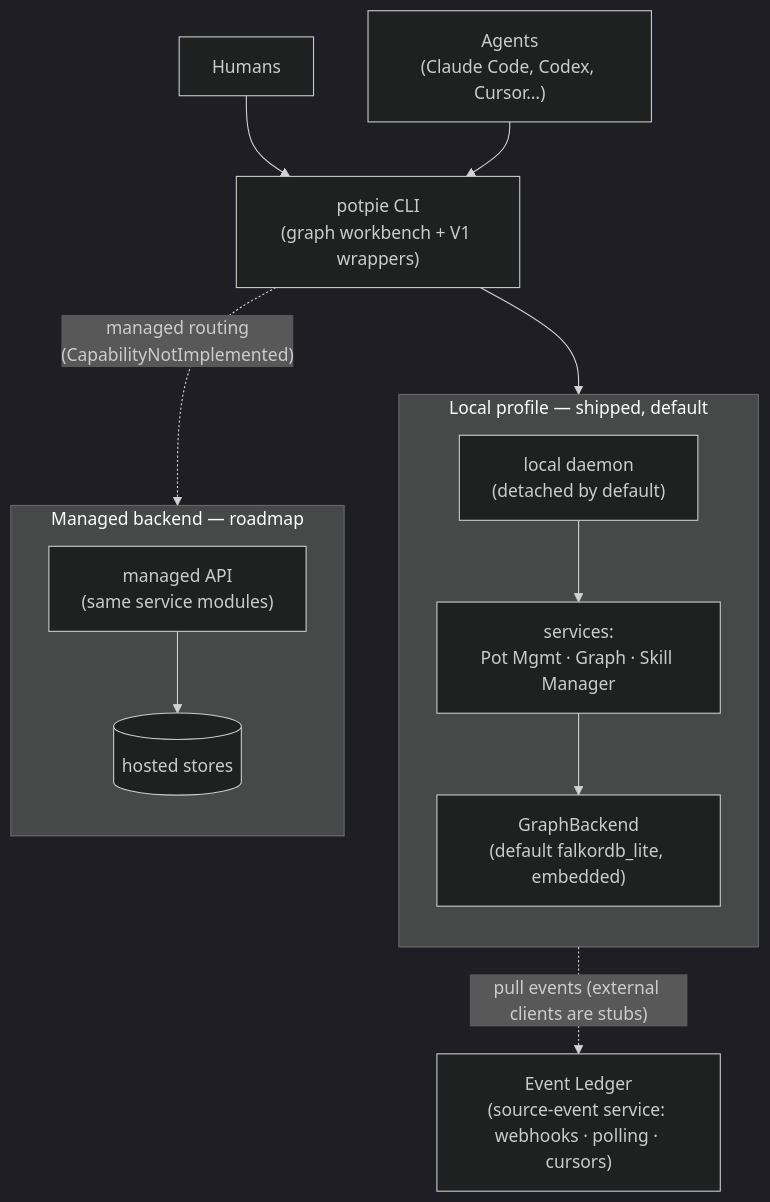
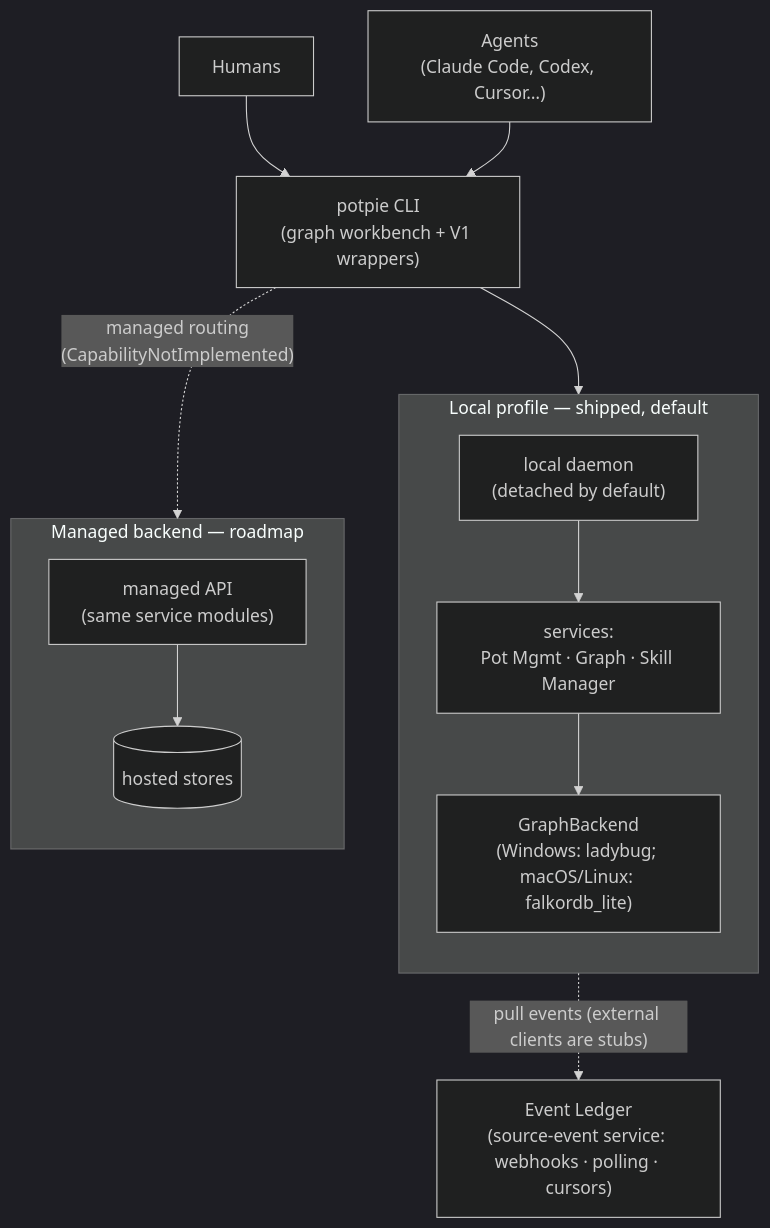
The diagram in docs/context-graph/index.md (potpie-ai/potpie), drawn with Mermaid (dark theme) before and after one commit. The commit also changed other lines of this file and 29 other files, not shown here.

Commit message:
feat(windows): add Ladybug local graph support

````diff
--- a/docs/context-graph/index.md
+++ b/docs/context-graph/index.md
@@ -18,30 +18,30 @@
 ```mermaid
 flowchart TB
   cg_human["Humans"]
   cg_agent["Agents<br/>(Claude Code, Codex, Cursor…)"]
   cg_cli["potpie CLI<br/>(graph workbench + V1 wrappers)"]
 
   cg_human --> cg_cli
   cg_agent --> cg_cli
 
   subgraph cg_local["Local profile — shipped, default"]
     direction TB
     cg_daemon["local daemon<br/>(detached by default)"]
     cg_services["services:<br/>Pot Mgmt · Graph · Skill Manager"]
-    cg_backend["GraphBackend<br/>(default falkordb_lite, embedded)"]
+    cg_backend["GraphBackend<br/>(Windows: ladybug; macOS/Linux: falkordb_lite)"]
     cg_daemon --> cg_services --> cg_backend
   end
 
   subgraph cg_managed["Managed backend — roadmap"]
     direction TB
     cg_api["managed API<br/>(same service modules)"]
     cg_hosted[("hosted stores")]
     cg_api --> cg_hosted
   end
 
   cg_ledger["Event Ledger<br/>(source-event service: webhooks · polling · cursors)"]
 
   cg_cli --> cg_daemon
   cg_cli -. "managed routing<br/>(CapabilityNotImplemented)" .-> cg_api
   cg_services -. "pull events (external clients are stubs)" .-> cg_ledger
 ```
````
